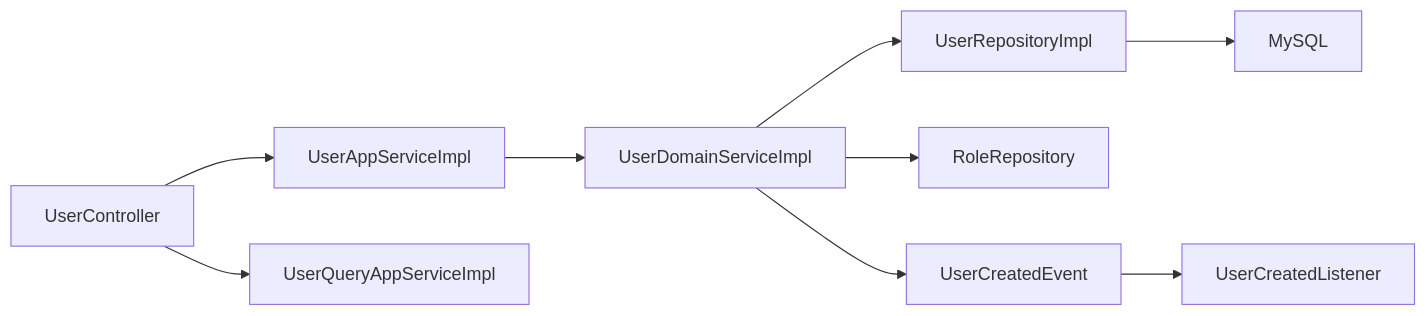
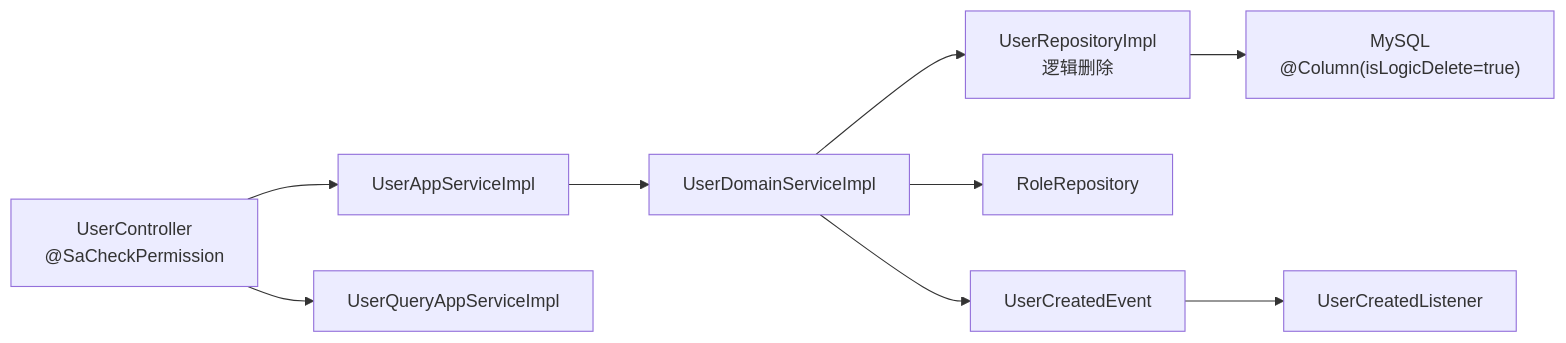
Before and after one commit to sunnaoxixi/spring-ddd-template: the tenth of 10 diagrams in .qoder/repowiki/zh/content/核心业务模块/用户管理模块.md, drawn with Mermaid. The commit also changed other lines of this file and 91 other files, not shown here.

````diff
--- a/.qoder/repowiki/zh/content/核心业务模块/用户管理模块.md
+++ b/.qoder/repowiki/zh/content/核心业务模块/用户管理模块.md
@@ -344,11 +459,11 @@
 ```mermaid
 graph LR
-UC["UserController"] --> UA["UserAppServiceImpl"]
+UC["UserController<br/>@SaCheckPermission"] --> UA["UserAppServiceImpl"]
 UC --> UQ["UserQueryAppServiceImpl"]
 UA --> UD["UserDomainServiceImpl"]
-UD --> UR["UserRepositoryImpl"]
+UD --> UR["UserRepositoryImpl<br/>逻辑删除"]
 UD --> RR["RoleRepository"]
 UD --> EV["UserCreatedEvent"]
 EV --> UL["UserCreatedListener"]
-UR --> DB["MySQL"]
+UR --> DB["MySQL<br/>@Column(isLogicDelete=true)"]
 ```
````
